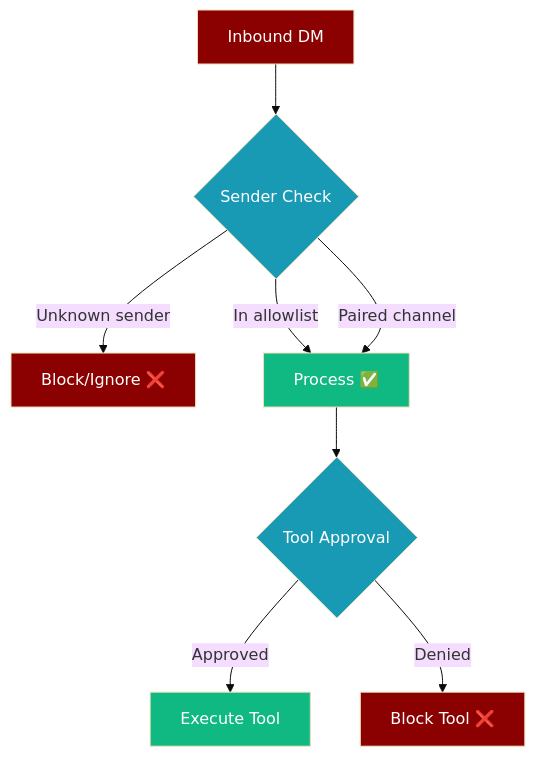
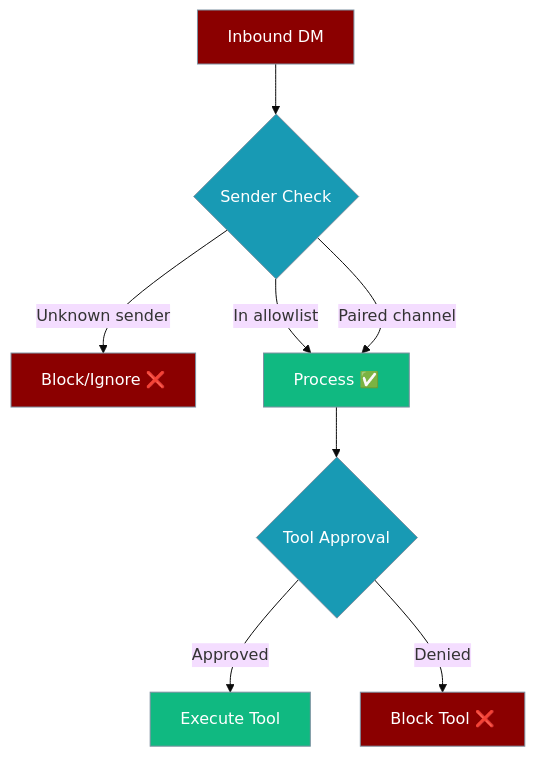
One commit to MervinPraison/PraisonAIDocs changed the third of 3 diagrams in docs/best-practices/bot-security.mdx. Above: the diagram before and after it, drawn with Mermaid (base theme). The commit also changed other lines of this file, not shown here.

````diff
--- a/docs/best-practices/bot-security.mdx
+++ b/docs/best-practices/bot-security.mdx
@@ -15,19 +103,20 @@
 ```mermaid
 flowchart TD
     DM[Inbound DM] --> CHECK{Sender Check}
     CHECK -->|Unknown sender| DENY[Block/Ignore ❌]
     CHECK -->|In allowlist| ALLOW[Process ✅] 
     CHECK -->|Paired channel| ALLOW
     
     ALLOW --> APPROVAL{Tool Approval}
     APPROVAL -->|Approved| EXEC[Execute Tool]
     APPROVAL -->|Denied| BLOCK[Block Tool ❌]
     
-    style DM fill:#8B0000,color:#fff
-    style DENY fill:#8B0000,color:#fff
-    style ALLOW fill:#10B981,color:#fff
-    style BLOCK fill:#8B0000,color:#fff
-    style EXEC fill:#10B981,color:#fff
-    style CHECK fill:#189AB4,color:#fff
-    style APPROVAL fill:#189AB4,color:#fff
+    classDef input fill:#8B0000,stroke:#7C90A0,color:#fff
+    classDef process fill:#189AB4,stroke:#7C90A0,color:#fff
+    classDef success fill:#10B981,stroke:#7C90A0,color:#fff
+    classDef deny fill:#8B0000,stroke:#7C90A0,color:#fff
+    
+    class DM,DENY,BLOCK input
+    class CHECK,APPROVAL process
+    class ALLOW,EXEC success
 ```
````
